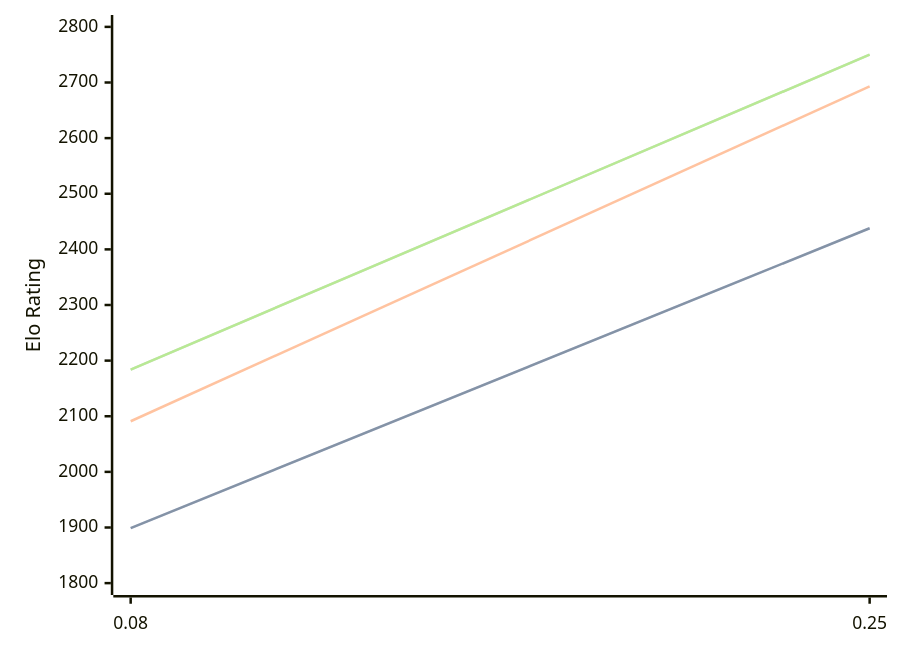
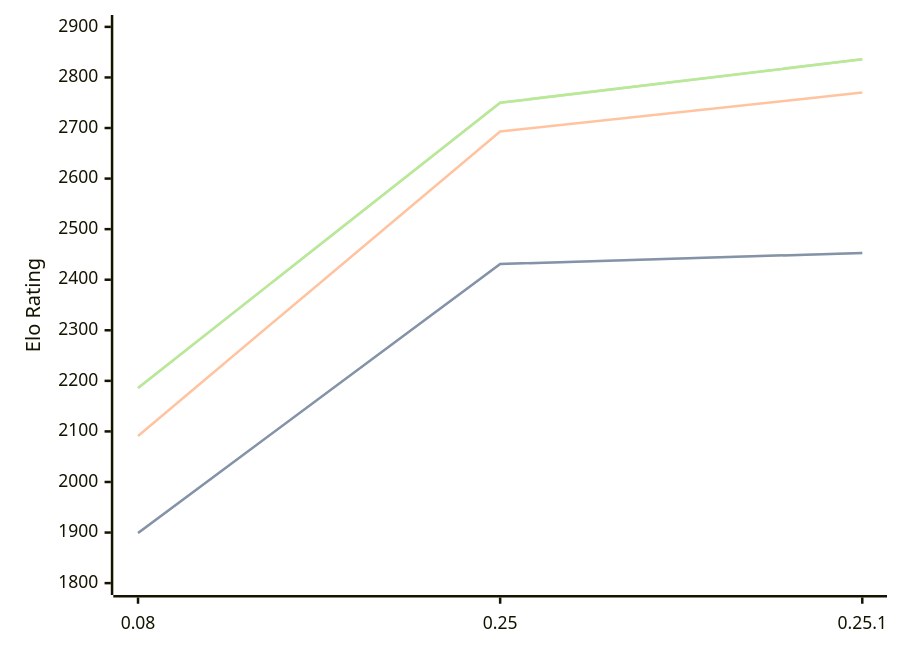
One commit to computer-chess-index/cci changed the diagram in engines/Gecko.md. Above: the diagram before and after it, drawn with Mermaid. The commit also changed other lines of this file, not shown here.

Commit message:
Update CCI Ratings (ELO VLTC) - 2026-04-13

````diff
--- a/engines/Gecko.md
+++ b/engines/Gecko.md
@@ -32,11 +33,11 @@
 ```mermaid
 %%{init: {"theme":"base","themeVariables":{"seriesColors:['#a3a3a3','#222221','#faa371']}}}%%
 xychart-beta
-  x-axis ["0.08", "0.25"]
-  y-axis "Elo Rating" 1800 --> 2800
-  line "STC (8.0+0.08s)" [1899, 2438]
-  line "STC (8.0+0.08s)" [1899, 2438]
-  line "LTC (60.0+0.60s)" [2091, 2693]
-  line "VLTC (2m24s+1.12s)" [2184, 2750]
-  line "VLTC (2m24s+1.12s)" [2184, 2750]
+  x-axis ["0.08", "0.25", "0.25.1"]
+  y-axis "Elo Rating" 1800 --> 2900
+  line "STC (8.0+0.08s)" [1899, 2431, 2453]
+  line "STC (8.0+0.08s)" [1899, 2431, 2453]
+  line "LTC (60.0+0.60s)" [2091, 2693, 2770]
+  line "VLTC (2m24s+1.12s)" [2186, 2750, 2836]
+  line "VLTC (2m24s+1.12s)" [2186, 2750, 2836]
 ```
````
